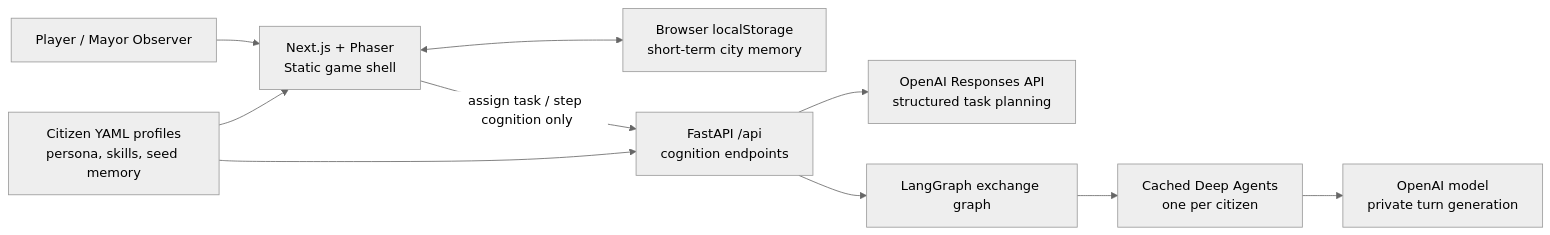
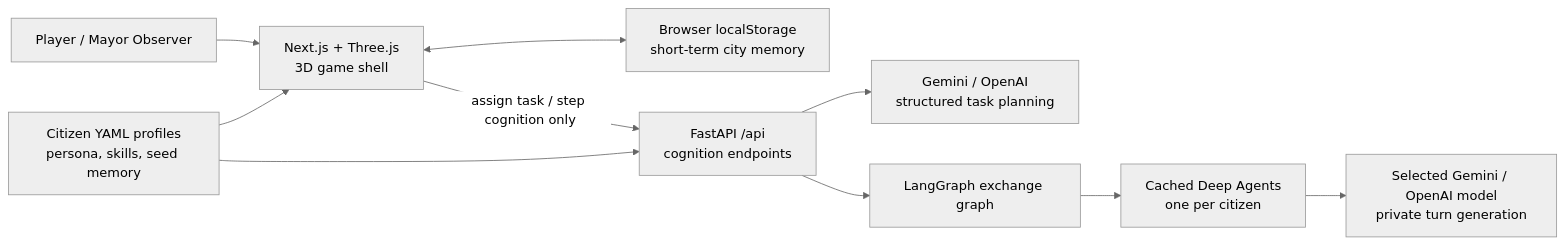
The second of 4 diagrams in README.md (Abby263/ai-agent-city-game), drawn with Mermaid (neutral theme) before and after one commit. The commit also changed other lines of this file and 166 other files, not shown here.

````diff
--- a/README.md
+++ b/README.md
@@ -64,22 +113,22 @@
 ```mermaid
 flowchart LR
   Player["Player / Mayor Observer"]
-  Browser["Next.js + Phaser\nStatic game shell"]
+  Browser["Next.js + Three.js\n3D game shell"]
   LocalMemory["Browser localStorage\nshort-term city memory"]
   Api["FastAPI /api\ncognition endpoints"]
-  Planner["OpenAI Responses API\nstructured task planning"]
+  Planner["Gemini / OpenAI\nstructured task planning"]
   LangGraph["LangGraph exchange graph"]
   DeepAgents["Cached Deep Agents\none per citizen"]
-  TurnLLM["OpenAI model\nprivate turn generation"]
+  TurnLLM["Selected Gemini / OpenAI model\nprivate turn generation"]
   Profiles["Citizen YAML profiles\npersona, skills, seed memory"]
 
   Player --> Browser
   Browser <--> LocalMemory
   Browser -->|"assign task / step cognition only"| Api
   Api --> Planner
   Api --> LangGraph
   LangGraph --> DeepAgents
   DeepAgents --> TurnLLM
   Profiles --> Browser
   Profiles --> Api
 ```
````
